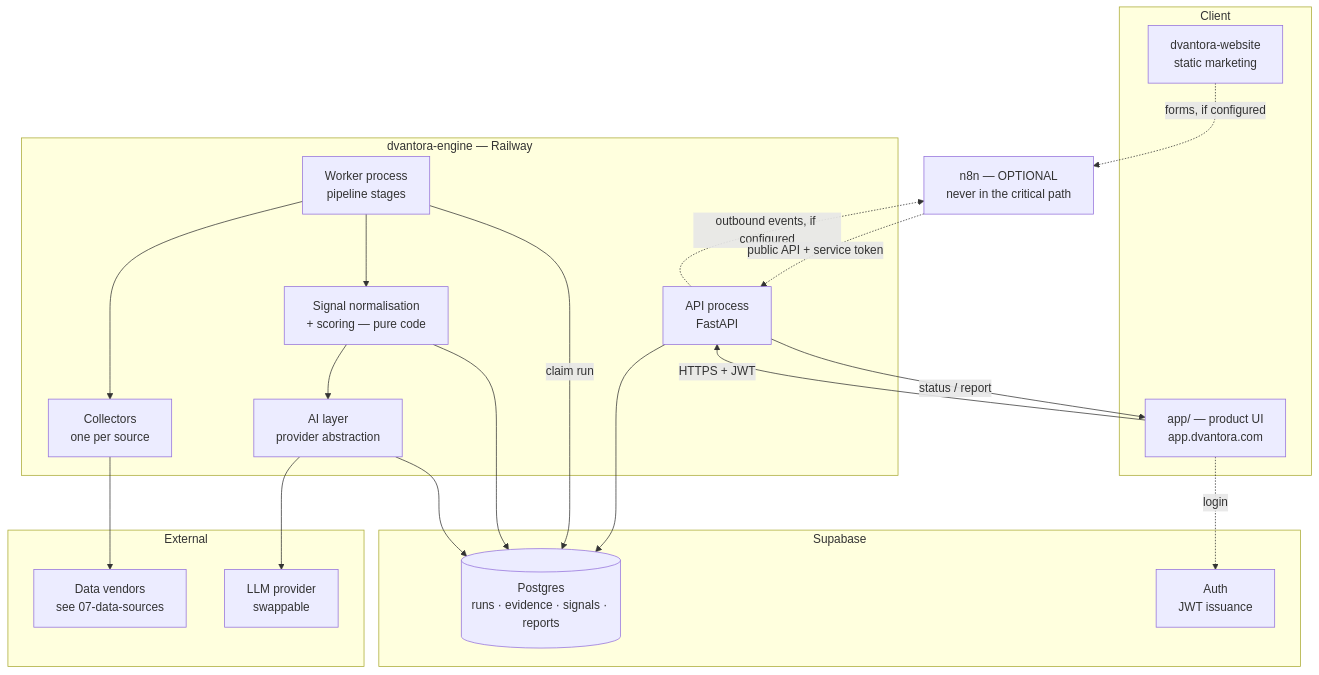
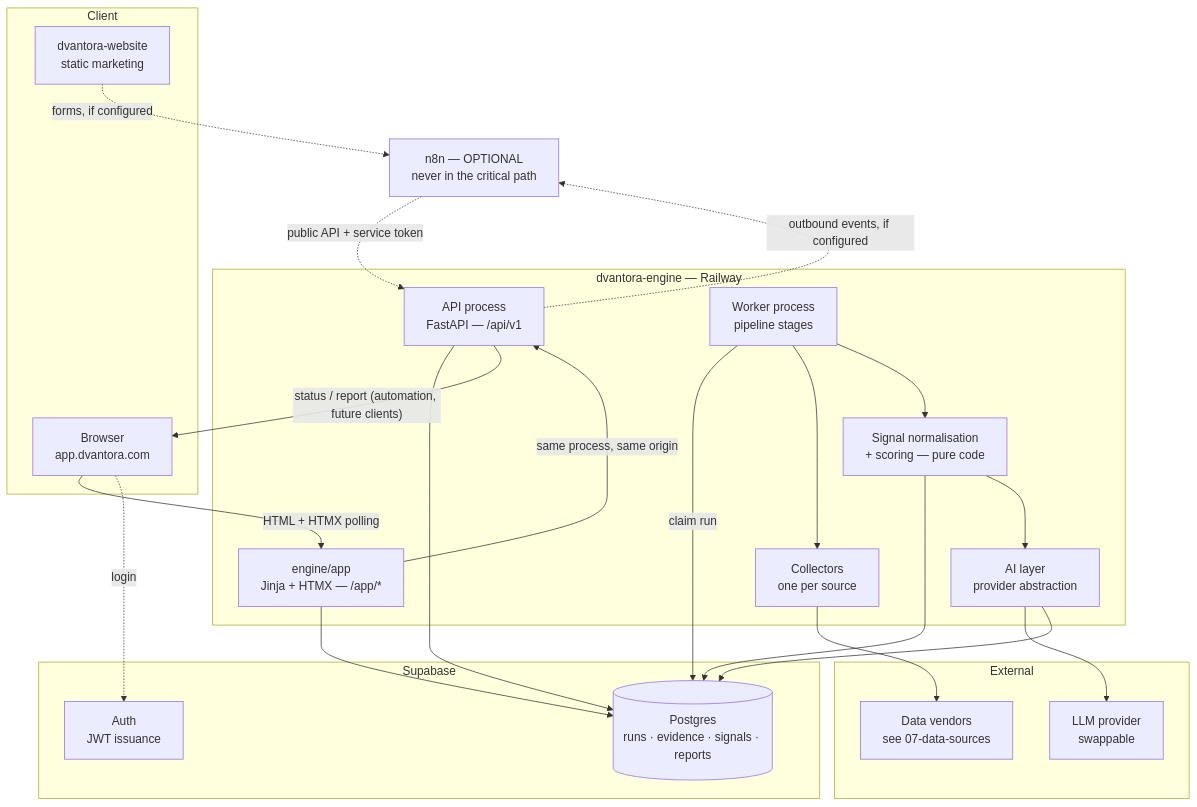
The first of 2 diagrams in docs/01-architecture.md (Jhuncarlchavez223/dvantora-engine), drawn with Mermaid before and after one commit. The commit also changed other lines of this file and 5 other files, not shown here.

Commit message:
Document AI analysis and frontend architecture

````diff
--- a/docs/01-architecture.md
+++ b/docs/01-architecture.md
@@ -82,40 +87,43 @@
 ```mermaid
 flowchart TB
     subgraph Client
         SITE["dvantora-website<br/>static marketing"]
-        APP["app/ — product UI<br/>app.dvantora.com"]
+        BROWSER["Browser<br/>app.dvantora.com"]
     end
 
     subgraph Engine["dvantora-engine — Railway"]
-        API["API process<br/>FastAPI"]
+        APP["engine/app<br/>Jinja + HTMX — /app/*"]
+        API["API process<br/>FastAPI — /api/v1"]
         WORKER["Worker process<br/>pipeline stages"]
         COLL["Collectors<br/>one per source"]
         SIGNALS["Signal normalisation<br/>+ scoring — pure code"]
         AI["AI layer<br/>provider abstraction"]
     end
 
     subgraph Data["Supabase"]
         DB[("Postgres<br/>runs · evidence · signals · reports")]
         AUTH["Auth<br/>JWT issuance"]
     end
 
     subgraph External
         SRC["Data vendors<br/>see 07-data-sources"]
         LLM["LLM provider<br/>swappable"]
     end
 
     N8N["n8n — OPTIONAL<br/>never in the critical path"]
 
-    APP -->|"HTTPS + JWT"| API
-    APP -.->|"login"| AUTH
+    BROWSER -->|"HTML + HTMX polling"| APP
+    BROWSER -.->|"login"| AUTH
+    APP -->|"same process, same origin"| API
+    APP --> DB
     API --> DB
     WORKER -->|"claim run"| DB
     WORKER --> COLL --> SRC
     WORKER --> SIGNALS --> DB
     SIGNALS --> AI --> LLM
     AI --> DB
-    API -->|"status / report"| APP
+    API -->|"status / report (automation, future clients)"| BROWSER
     API -.->|"outbound events, if configured"| N8N
     N8N -.->|"public API + service token"| API
     SITE -.->|"forms, if configured"| N8N
 ```
````
